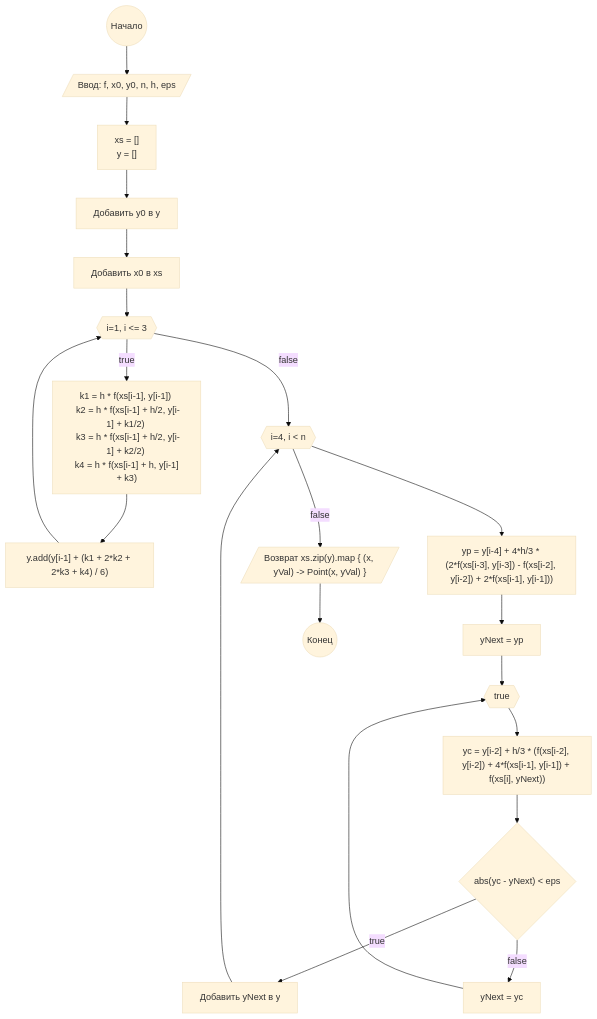
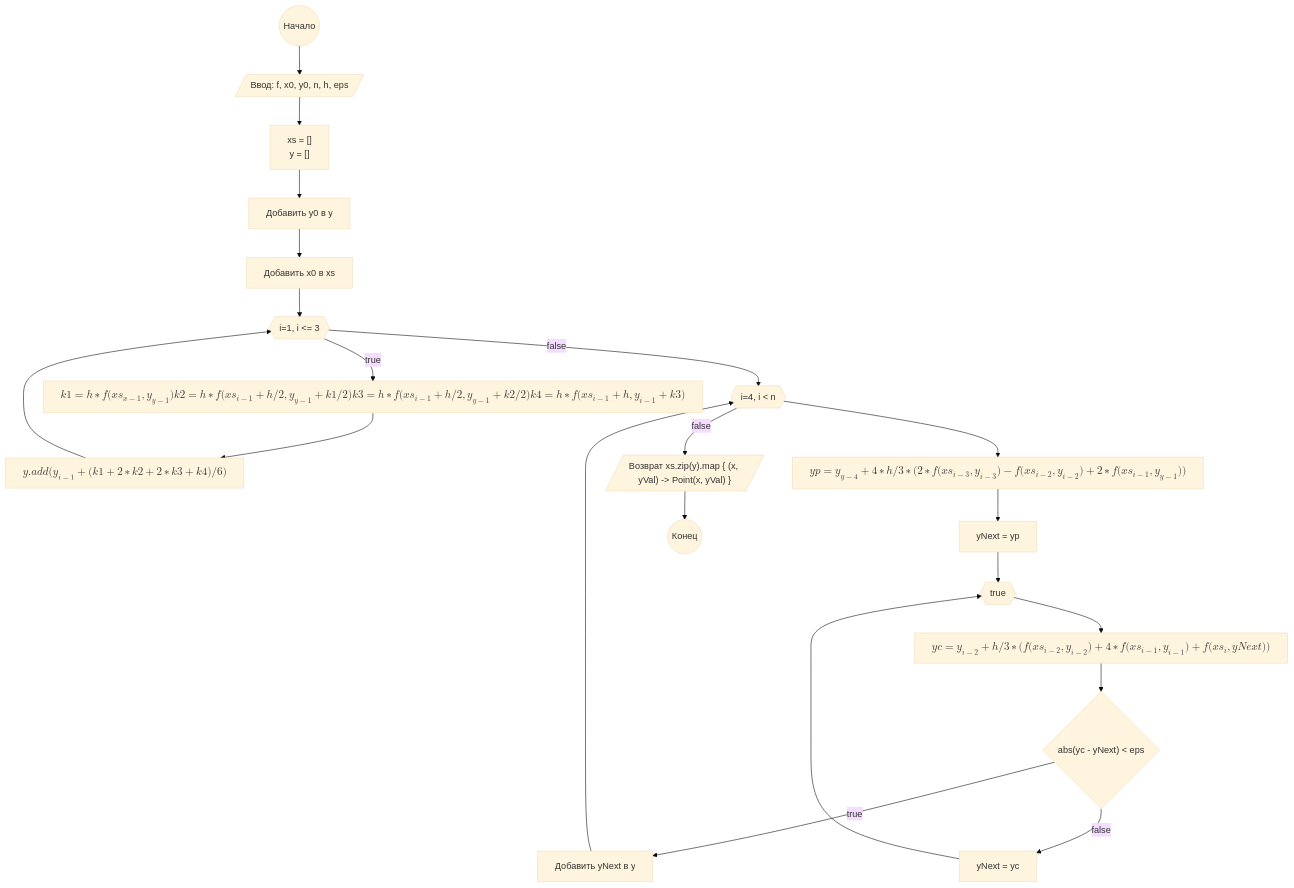
Before and after one commit to arekalov/CompMat-lab6: the diagram in docs/schemes/milne_method.mmd, drawn with Mermaid (base theme). The commit also changed 3 other files, not shown here.

```diff
--- a/docs/schemes/milne_method.mmd
+++ b/docs/schemes/milne_method.mmd
@@ -1,31 +1,31 @@
 graph TD
     A(("Начало"))
     B[/"Ввод: f, x0, y0, n, h, eps"/]
     C["xs = []\n y = []"]
     C1["Добавить y0 в y"]
     X1["Добавить x0 в xs"]
 
     FIRST-FOR{{"i=1, i <= 3"}}
-    KS["k1 = h * f(xs[i-1], y[i-1]) \n k2 = h * f(xs[i-1] + h/2, y[i-1] + k1/2) \n k3 = h * f(xs[i-1] + h/2, y[i-1] + k2/2) \n k4 = h * f(xs[i-1] + h, y[i-1] + k3)"]
-    Y-ADD["y.add(y[i-1] + (k1 + 2*k2 + 2*k3 + k4) / 6)"]
+    KS["$$k1 = h * f(xs_{x-1}, y_{y-1})  k2 = h * f(xs_{i-1} + h/2, y_{y-1} + k1/2)  k3 = h * f(xs_{i-1} + h/2, y_{y-1} + k2/2)  k4 = h * f(xs_{i-1} + h, y_{i-1} + k3)$$"]
+    Y-ADD["$$y.add(y_{i-1} + (k1 + 2*k2 + 2*k3 + k4) / 6)$$"]
 
     SECOND_FOR{{"i=4, i < n"}}
-    YP["yp = y[i-4] + 4*h/3 * (2*f(xs[i-3], y[i-3]) - f(xs[i-2], y[i-2]) + 2*f(xs[i-1], y[i-1]))"]
+    YP["$$yp = y_{y-4} + 4*h/3 * (2*f(xs_{i-3}, y_{i-3}) - f(xs_{i-2}, y_{i-2}) + 2*f(xs_{i-1}, y_{y-1}))$$"]
     Y_NEXT["yNext = yp"]
 
     WHILE{{"true"}}
-    YC["yc = y[i-2] + h/3 * (f(xs[i-2], y[i-2]) + 4*f(xs[i-1], y[i-1]) + f(xs[i], yNext))"]
+    YC["$$yc = y_{i-2} + h/3 * (f(xs_{i-2}, y_{i-2}) + 4*f(xs_{i-1}, y_{i-1}) + f(xs_i, yNext))$$"]
     IF{"abs(yc - yNext) &lt; eps"}
     ADD_Y_NEXT["Добавить yNext в y"]
 
     Y_UPDATE["yNext = yc"]
 
     J[/"Возврат xs.zip(y).map { (x, yVal) -&gt; Point(x, yVal) }"/]
     K(("Конец"))
 
     A --> B --> C --> C1 --> X1 --> FIRST-FOR -- true  --> KS --> Y-ADD --> FIRST-FOR -- false --> SECOND_FOR
     SECOND_FOR --> YP --> Y_NEXT --> WHILE
     WHILE --> YC --> IF
     IF -- true --> ADD_Y_NEXT --> SECOND_FOR
     IF -- false --> Y_UPDATE --> WHILE
     SECOND_FOR -- false --> J --> K
```
